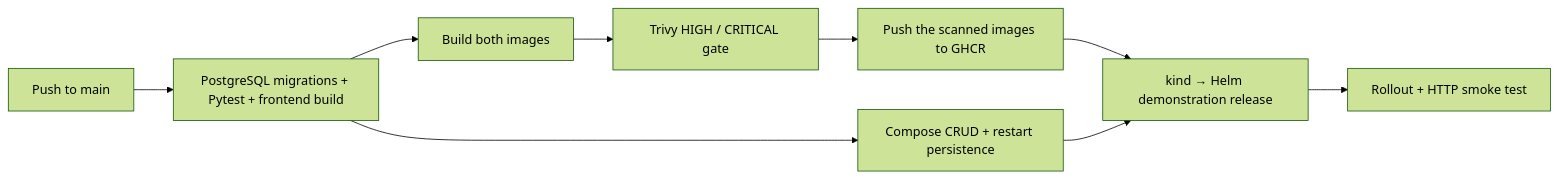
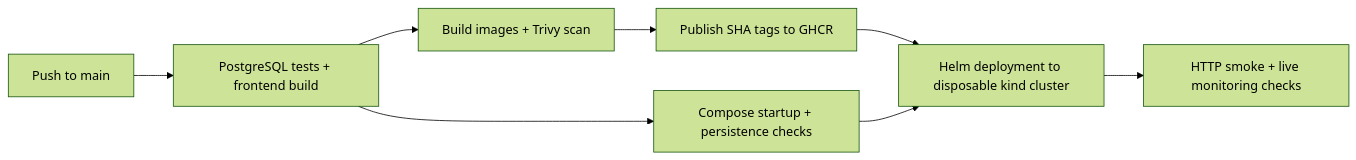
Before and after one commit to Prisha4gupta/ApplyTrail: the diagram in README.md, drawn with Mermaid (forest theme). The commit also changed other lines of this file and 50 other files, not shown here.

````diff
--- a/README.md
+++ b/README.md
@@ -164,11 +147,10 @@
 ```mermaid
 flowchart LR
-    Commit[Push to main] --> Tests[PostgreSQL migrations + Pytest + frontend build]
-    Tests --> Images[Build both images]
-    Images --> Scan[Trivy HIGH / CRITICAL gate]
-    Scan --> Registry[Push the scanned images to GHCR]
-    Tests --> Compose[Compose CRUD + restart persistence]
-    Registry --> Deploy[kind → Helm demonstration release]
-    Compose --> Deploy
-    Deploy --> Verify[Rollout + HTTP smoke test]
+    Push[Push to main] --> Tests[PostgreSQL tests + frontend build]
+    Tests --> Images[Build images + Trivy scan]
+    Images --> Registry[Publish SHA tags to GHCR]
+    Tests --> Compose[Compose startup + persistence checks]
+    Registry --> Cluster[Helm deployment to disposable kind cluster]
+    Compose --> Cluster
+    Cluster --> Verify[HTTP smoke + live monitoring checks]
 ```
````
